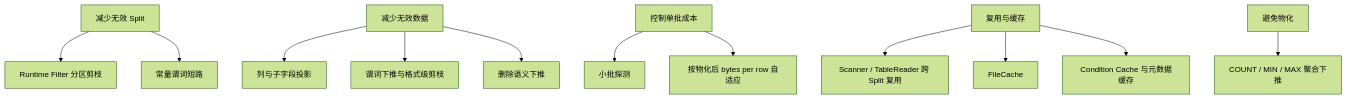
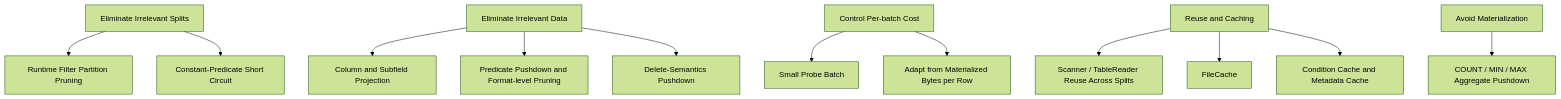
One commit to apache/doris changed the sixth of 8 diagrams in docs/file-scanner-v2-design.md. Above: the diagram before and after it, drawn with Mermaid (forest theme). The commit also changed other lines of this file and 1 other file, not shown here.

First line of the commit message:
[doc](be) Translate FileScannerV2 design docs

````diff
--- a/docs/file-scanner-v2-design.md
+++ b/docs/file-scanner-v2-design.md
@@ -198,14 +212,14 @@
 ```mermaid
 flowchart TB
-    A[减少无效 Split] --> A1[Runtime Filter 分区剪枝]
-    A --> A2[常量谓词短路]
-    B[减少无效数据] --> B1[列与子字段投影]
-    B --> B2[谓词下推与格式级剪枝]
-    B --> B3[删除语义下推]
-    C[控制单批成本] --> C1[小批探测]
-    C --> C2[按物化后 bytes per row 自适应]
-    D[复用与缓存] --> D1[Scanner / TableReader 跨 Split 复用]
+    A[Eliminate Irrelevant Splits] --> A1[Runtime Filter Partition Pruning]
+    A --> A2[Constant-Predicate Short Circuit]
+    B[Eliminate Irrelevant Data] --> B1[Column and Subfield Projection]
+    B --> B2[Predicate Pushdown and Format-level Pruning]
+    B --> B3[Delete-Semantics Pushdown]
+    C[Control Per-batch Cost] --> C1[Small Probe Batch]
+    C --> C2[Adapt from Materialized Bytes per Row]
+    D[Reuse and Caching] --> D1[Scanner / TableReader Reuse Across Splits]
     D --> D2[FileCache]
-    D --> D3[Condition Cache 与元数据缓存]
-    E[避免物化] --> E1[COUNT / MIN / MAX 聚合下推]
+    D --> D3[Condition Cache and Metadata Cache]
+    E[Avoid Materialization] --> E1[COUNT / MIN / MAX Aggregate Pushdown]
 ```
````
